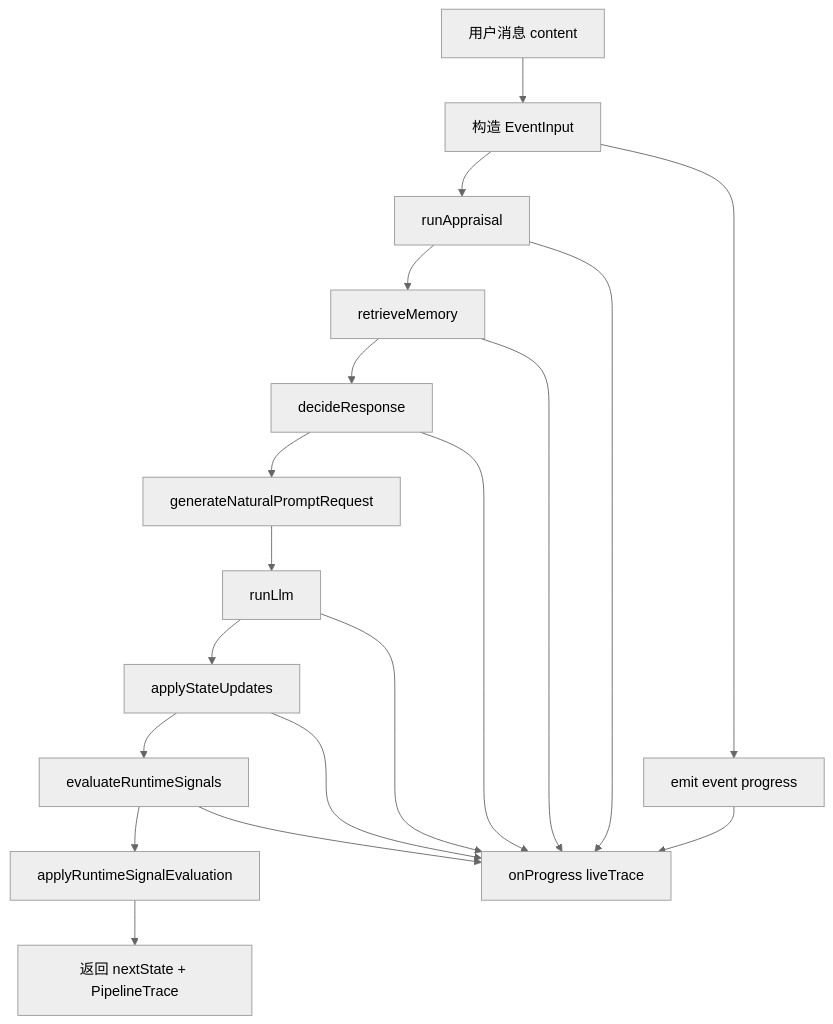
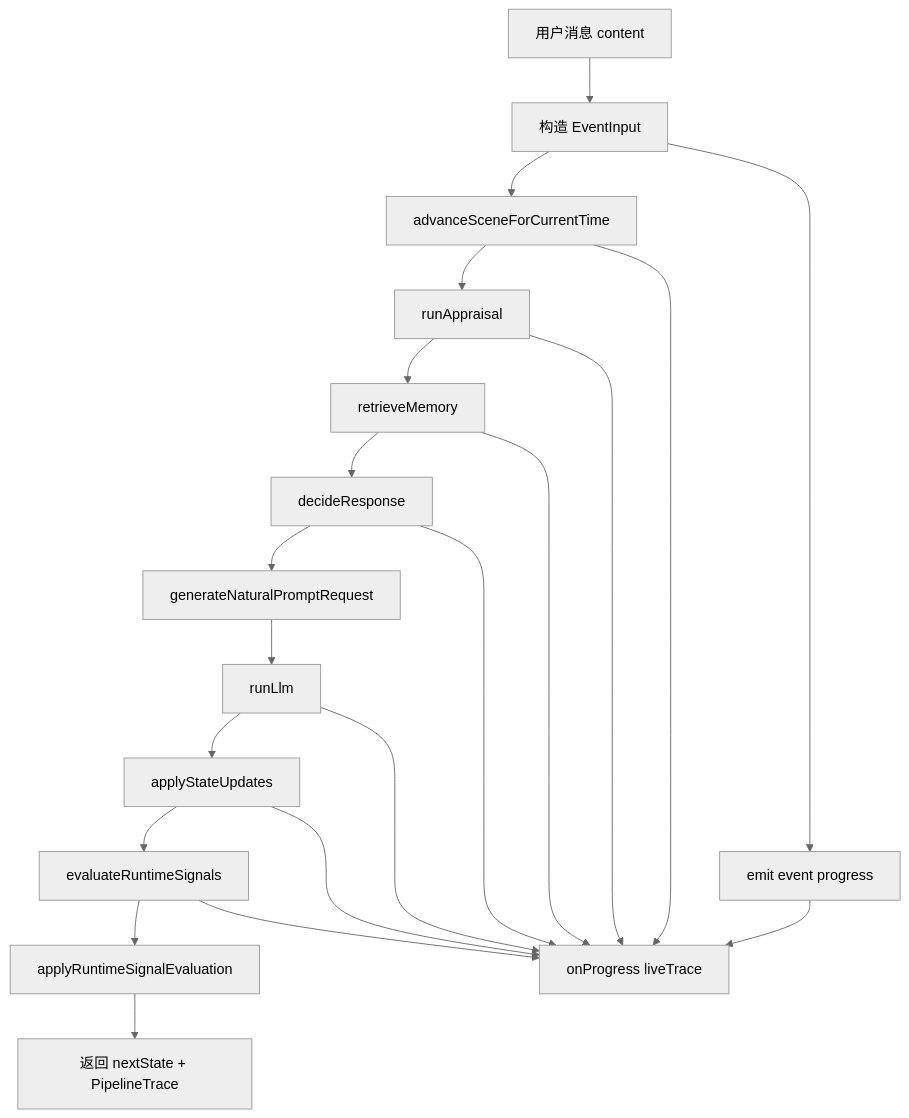
Before and after one commit to ttmanthatman/virtual-human-flow: diagram 23 of 31 in docs/SYSTEM_FLOW.md, drawn with Mermaid (neutral theme). The commit also changed other lines of this file and 15 other files, not shown here.

````diff
--- a/docs/SYSTEM_FLOW.md
+++ b/docs/SYSTEM_FLOW.md
@@ -572,21 +575,23 @@
 ```mermaid
 flowchart TD
     INPUT["用户消息 content"] --> EVENT["构造 EventInput"]
     EVENT --> PROGRESS1["emit event progress"]
-    EVENT --> APPRAISAL["runAppraisal"]
+    EVENT --> SCENE["advanceSceneForCurrentTime"]
+    SCENE --> APPRAISAL["runAppraisal"]
     APPRAISAL --> MEM["retrieveMemory"]
     MEM --> DECISION["decideResponse"]
     DECISION --> PROMPT["generateNaturalPromptRequest"]
     PROMPT --> REPLY["runLlm"]
     REPLY --> UPDATE["applyStateUpdates"]
     UPDATE --> SIGNAL["evaluateRuntimeSignals"]
     SIGNAL --> APPLY["applyRuntimeSignalEvaluation"]
     APPLY --> RETURN["返回 nextState + PipelineTrace"]
     PROGRESS1 --> TRACE["onProgress liveTrace"]
+    SCENE --> TRACE
     APPRAISAL --> TRACE
     MEM --> TRACE
     DECISION --> TRACE
     REPLY --> TRACE
     UPDATE --> TRACE
     SIGNAL --> TRACE
 ```
````
